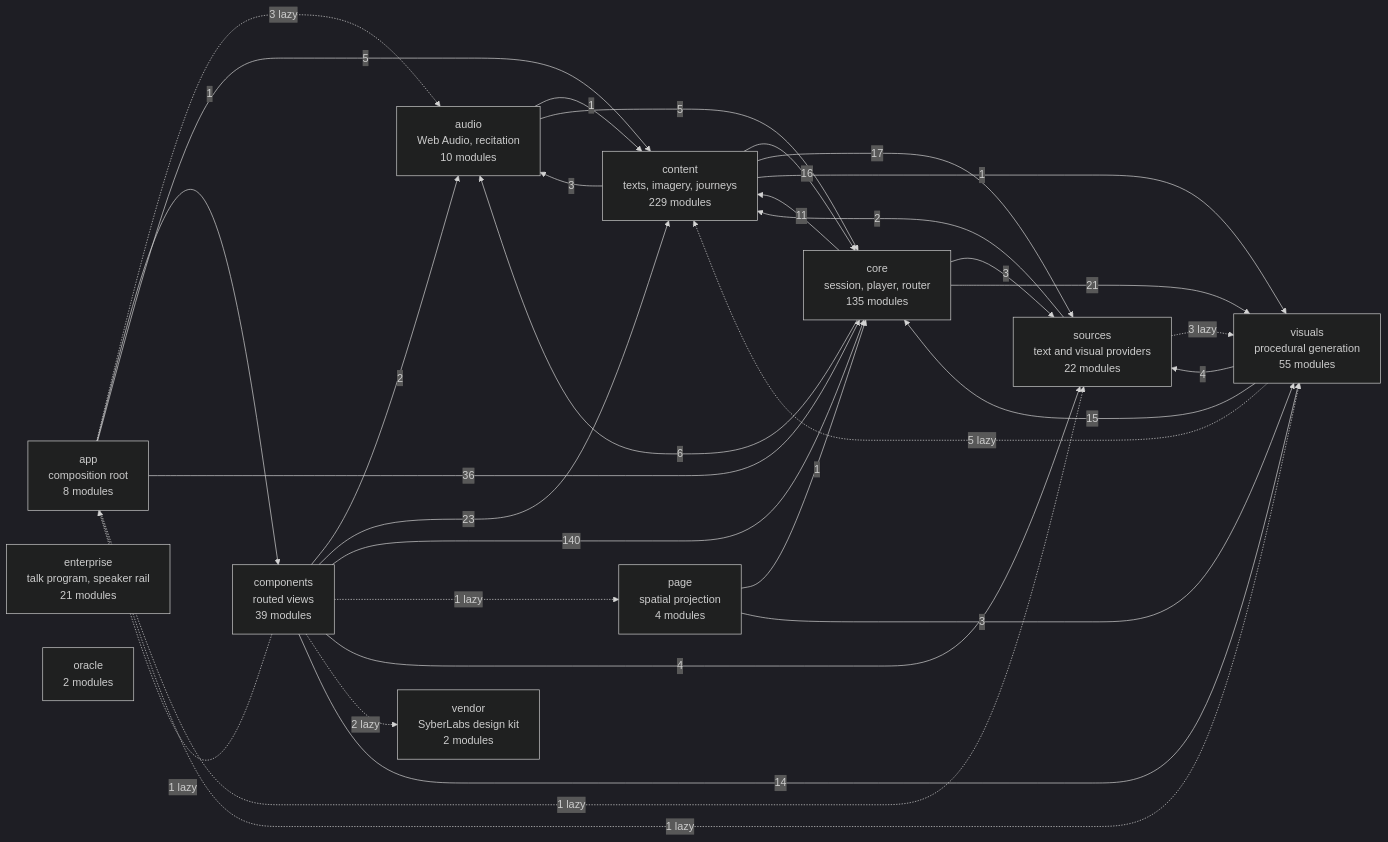
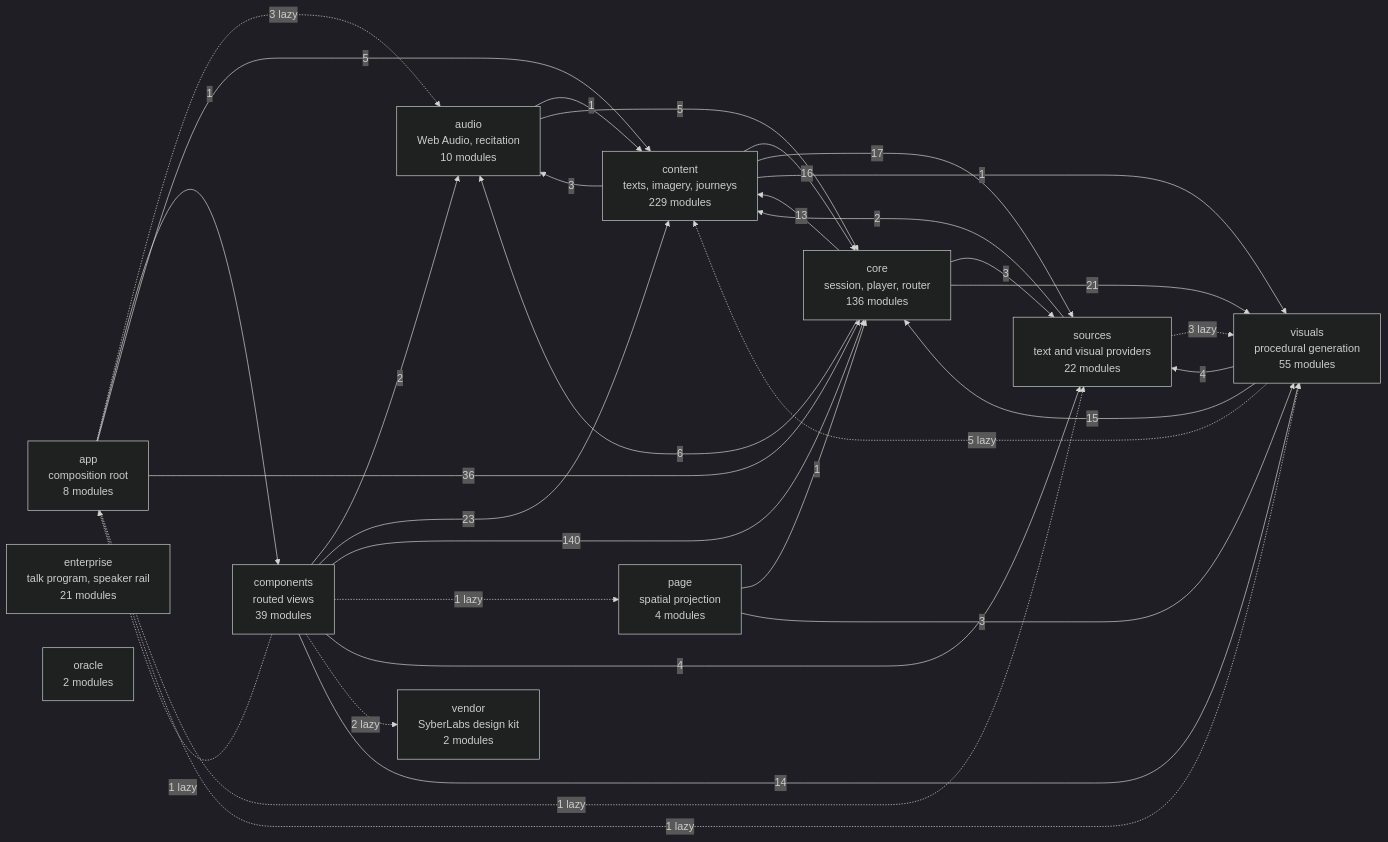
One commit to SyberLabs/RISE changed the diagram in docs/specs/ARCHITECTURE.md. Above: the diagram before and after it, drawn with Mermaid (dark theme). The commit also changed 25 other files, not shown here.

````diff
--- a/docs/specs/ARCHITECTURE.md
+++ b/docs/specs/ARCHITECTURE.md
@@ -160,46 +160,46 @@
 ```mermaid
 flowchart LR
     app["app<br/>composition root<br/>8 modules"]
     audio["audio<br/>Web Audio, recitation<br/>10 modules"]
     components["components<br/>routed views<br/>39 modules"]
     content["content<br/>texts, imagery, journeys<br/>229 modules"]
-    core["core<br/>session, player, router<br/>135 modules"]
+    core["core<br/>session, player, router<br/>136 modules"]
     enterprise["enterprise<br/>talk program, speaker rail<br/>21 modules"]
     oracle["oracle<br/>2 modules"]
     page["page<br/>spatial projection<br/>4 modules"]
     sources["sources<br/>text and visual providers<br/>22 modules"]
     vendor["vendor<br/>SyberLabs design kit<br/>2 modules"]
     visuals["visuals<br/>procedural generation<br/>55 modules"]
 
     app -.-> |3 lazy| audio
     app --> |1| components
     app --> |5| content
     app --> |36| core
     app -.-> |1 lazy| sources
     app -.-> |1 lazy| visuals
     audio --> |1| content
     audio --> |5| core
     components -.-> |1 lazy| app
     components --> |2| audio
     components --> |23| content
     components --> |140| core
     components -.-> |1 lazy| page
     components --> |4| sources
     components -.-> |2 lazy| vendor
     components --> |14| visuals
     content --> |3| audio
     content --> |16| core
     content --> |17| sources
     content --> |1| visuals
     core --> |6| audio
-    core --> |11| content
+    core --> |13| content
     core --> |3| sources
     core --> |21| visuals
     page --> |1| core
     page --> |3| visuals
     sources --> |2| content
     sources -.-> |3 lazy| visuals
     visuals -.-> |5 lazy| content
     visuals --> |15| core
     visuals --> |4| sources
 ```
````
